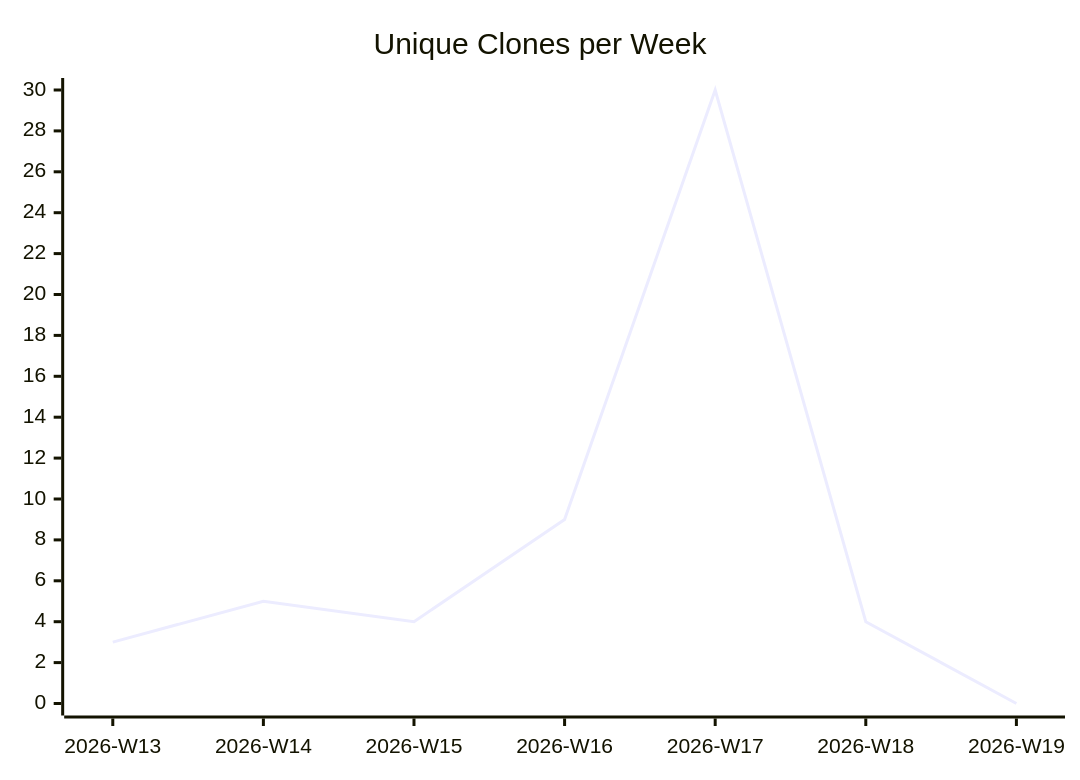
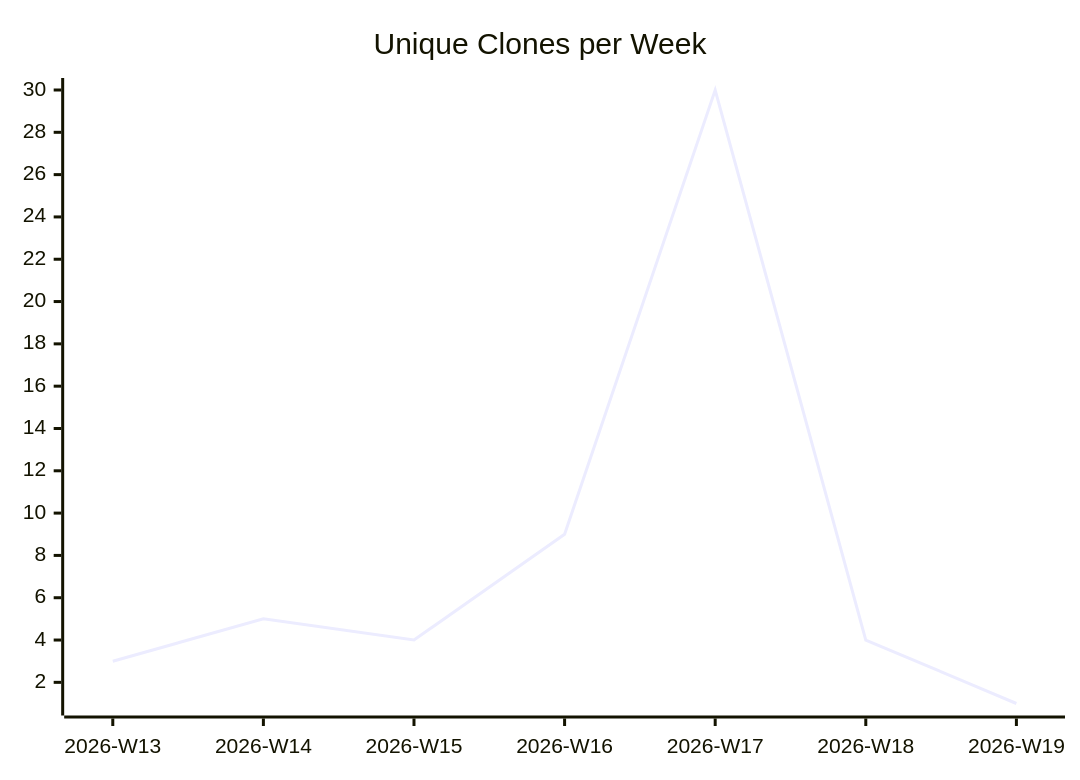
The third of 3 diagrams in karlmdavis/dotfiles/README.md (justdavis-family/github-analytics-data), drawn with Mermaid before and after one commit. The commit also changed other lines of this file and 187 other files, not shown here.

````diff
--- a/karlmdavis/dotfiles/README.md
+++ b/karlmdavis/dotfiles/README.md
@@ -19,6 +19,6 @@
 ```mermaid
 xychart-beta
   title "Unique Clones per Week"
   x-axis ["2026-W13", "2026-W14", "2026-W15", "2026-W16", "2026-W17", "2026-W18", "2026-W19"]
-  line [3, 5, 4, 9, 30, 4, 0]
+  line [3, 5, 4, 9, 30, 4, 1]
 ```
````
